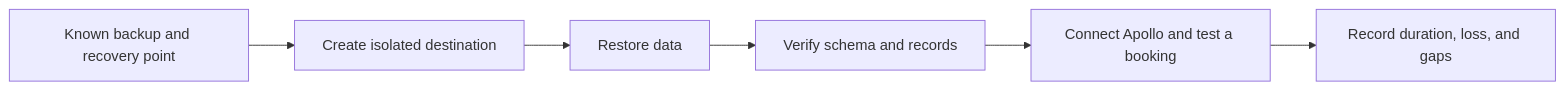
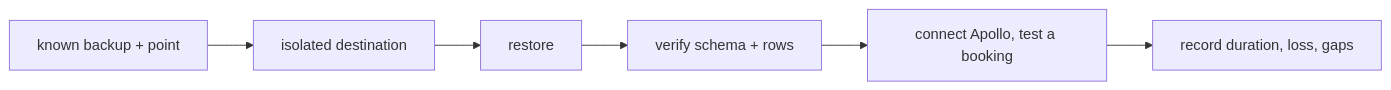
One commit to darshan-raul/apollo11-docs changed the first of 2 diagrams in docs/learn/cloud/backup-restore-and-teardown.md. Above: the diagram before and after it, drawn with Mermaid. The commit also changed other lines of this file and 55 other files, not shown here.

````diff
--- a/docs/learn/cloud/backup-restore-and-teardown.md
+++ b/docs/learn/cloud/backup-restore-and-teardown.md
@@ -42,8 +33,4 @@
 ```mermaid
 flowchart LR
-  Backup[Known backup and recovery point] --> Destination[Create isolated destination]
-  Destination --> Restore[Restore data]
-  Restore --> DataCheck[Verify schema and records]
-  DataCheck --> AppCheck[Connect Apollo and test a booking]
-  AppCheck --> Record[Record duration, loss, and gaps]
+  B[known backup + point] --> D[isolated destination] --> R[restore] --> V[verify schema + rows] --> A[connect Apollo, test a booking] --> Rec[record duration, loss, gaps]
 ```
````
